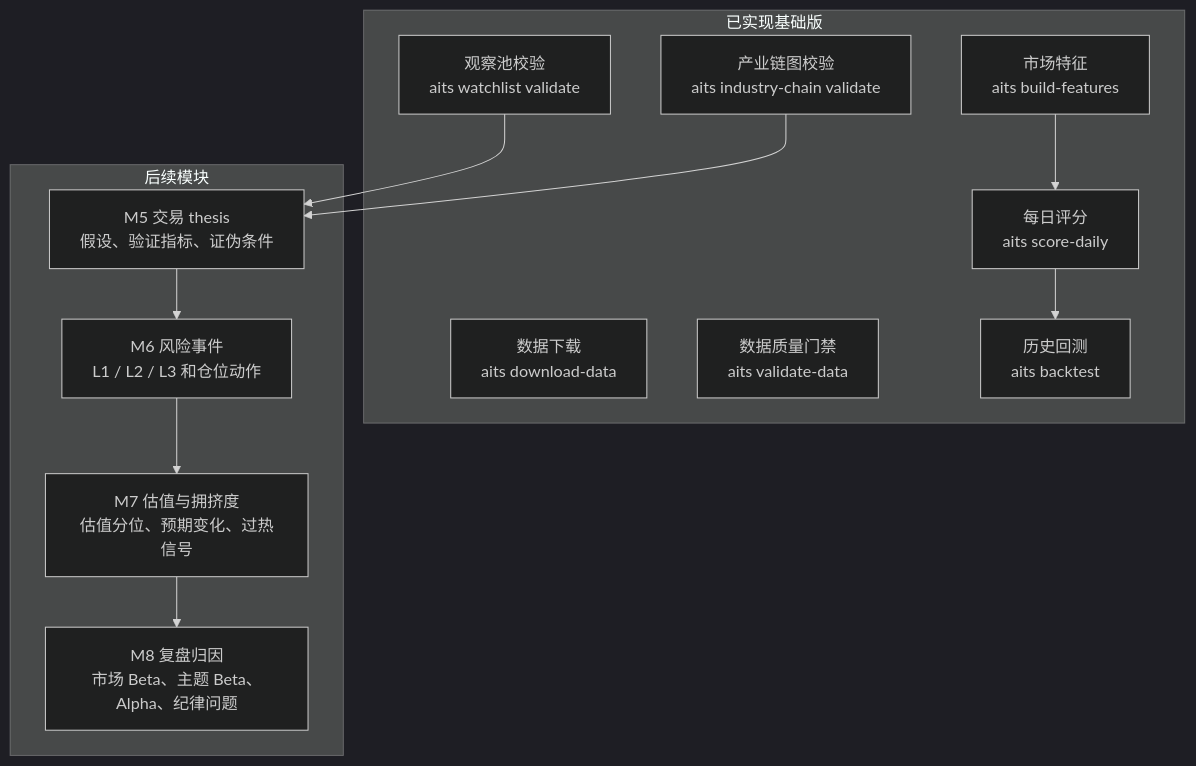
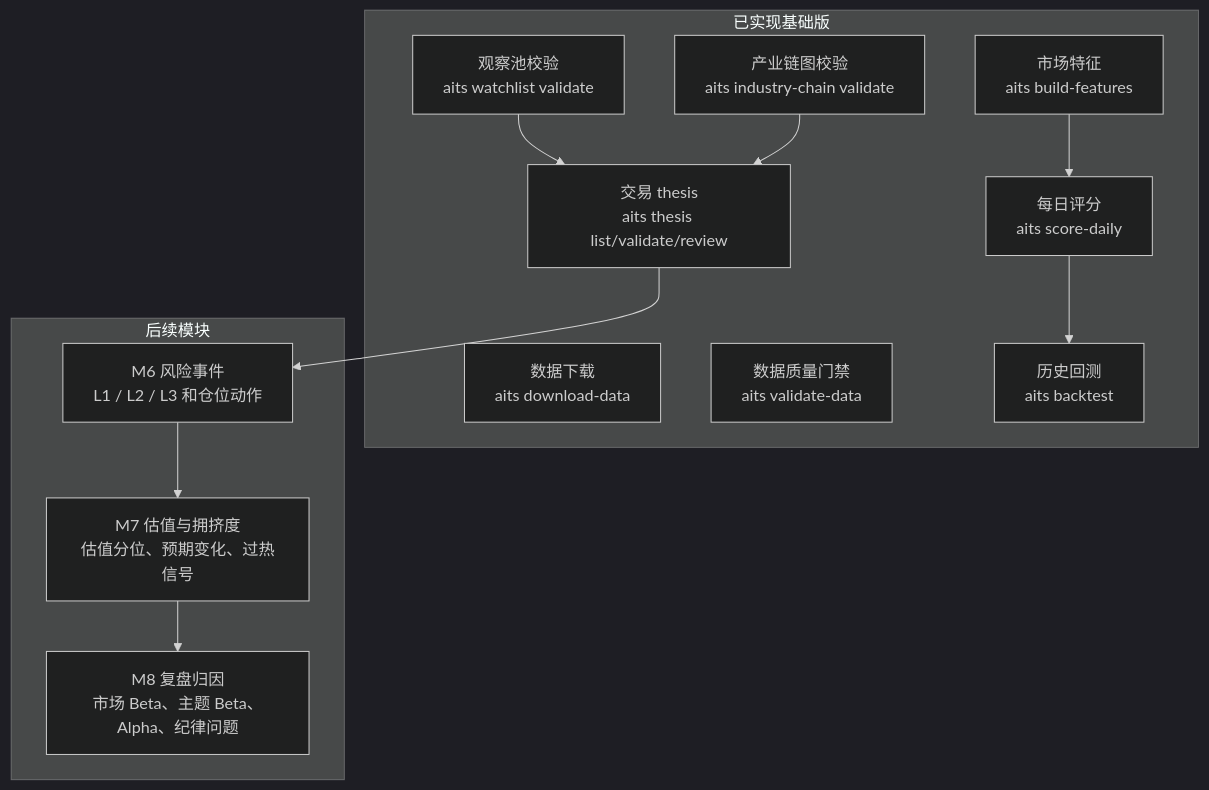
The fifth of 5 diagrams in docs/system_flow.md (AI-Trading-Collaboration/AITradingSystem), drawn with Mermaid (dark theme) before and after one commit. The commit also changed other lines of this file and 9 other files, not shown here.

````diff
--- a/docs/system_flow.md
+++ b/docs/system_flow.md
@@ -191,27 +212,27 @@
 ```mermaid
 flowchart TD
     subgraph Done["已实现基础版"]
         A["数据下载<br/>aits download-data"]
         B["数据质量门禁<br/>aits validate-data"]
         C["市场特征<br/>aits build-features"]
         D["每日评分<br/>aits score-daily"]
         E["历史回测<br/>aits backtest"]
         F["观察池校验<br/>aits watchlist validate"]
         G["产业链图校验<br/>aits industry-chain validate"]
+        H["交易 thesis<br/>aits thesis list/validate/review"]
     end
 
     subgraph Next["后续模块"]
-        H["M5 交易 thesis<br/>假设、验证指标、证伪条件"]
         I["M6 风险事件<br/>L1 / L2 / L3 和仓位动作"]
         J["M7 估值与拥挤度<br/>估值分位、预期变化、过热信号"]
         K["M8 复盘归因<br/>市场 Beta、主题 Beta、Alpha、纪律问题"]
     end
 
     C --> D
     D --> E
     F --> H
     G --> H
     H --> I
     I --> J
     J --> K
 ```
````
